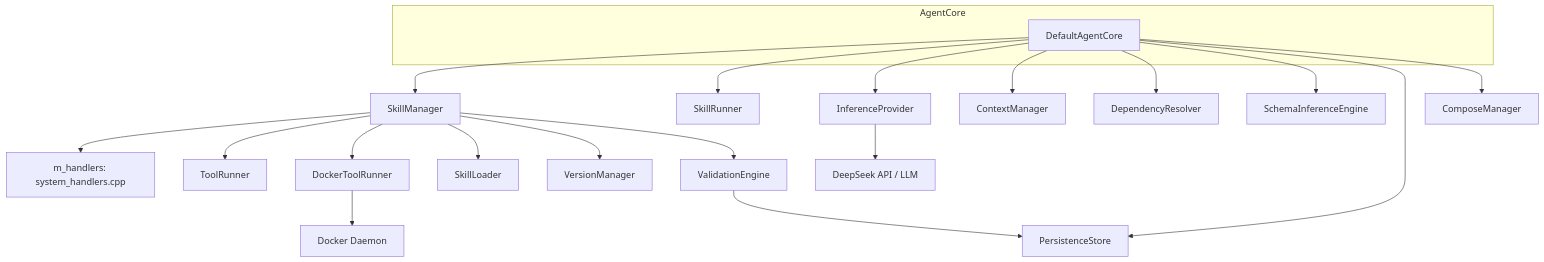
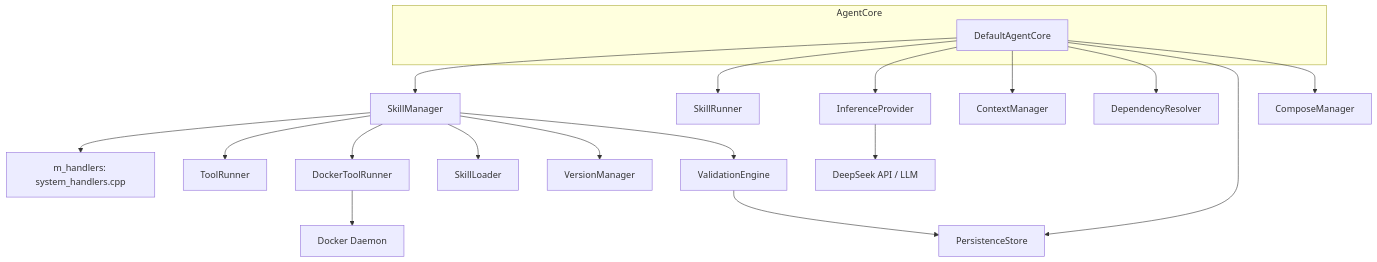
Before and after one commit to opensassi/a0: the first of 2 diagrams in src/agent_core.spec.md, drawn with Mermaid. The commit also changed other lines of this file and 47 other files, not shown here.

Commit message:
2026-06-02-a0-architectural-cleanup-1777bba30ffexd2vQv21odnw8j

````diff
--- a/src/agent_core.spec.md
+++ b/src/agent_core.spec.md
@@ -64,25 +64,25 @@
 ```mermaid
 graph TB
     subgraph AgentCore
         AC[DefaultAgentCore]
     end
 
     AC --> SM[SkillManager]
     SM --> HANDLERS[m_handlers: system_handlers.cpp]
     SM --> TR[ToolRunner]
     SM --> DTR[DockerToolRunner]
     AC --> SR[SkillRunner]
     AC --> IP[InferenceProvider]
     AC --> CM[ContextManager]
     AC --> DR[DependencyResolver]
-    AC --> SIE[SchemaInferenceEngine]
+
     AC --> PS[PersistenceStore]
     AC --> CPM[ComposeManager]
 
     SM --> SL[SkillLoader]
     SM --> VM[VersionManager]
     SM --> VE[ValidationEngine]
     VE --> PS
     DTR --> DC[Docker Daemon]
     IP --> LLM[DeepSeek API / LLM]
 ```
````
